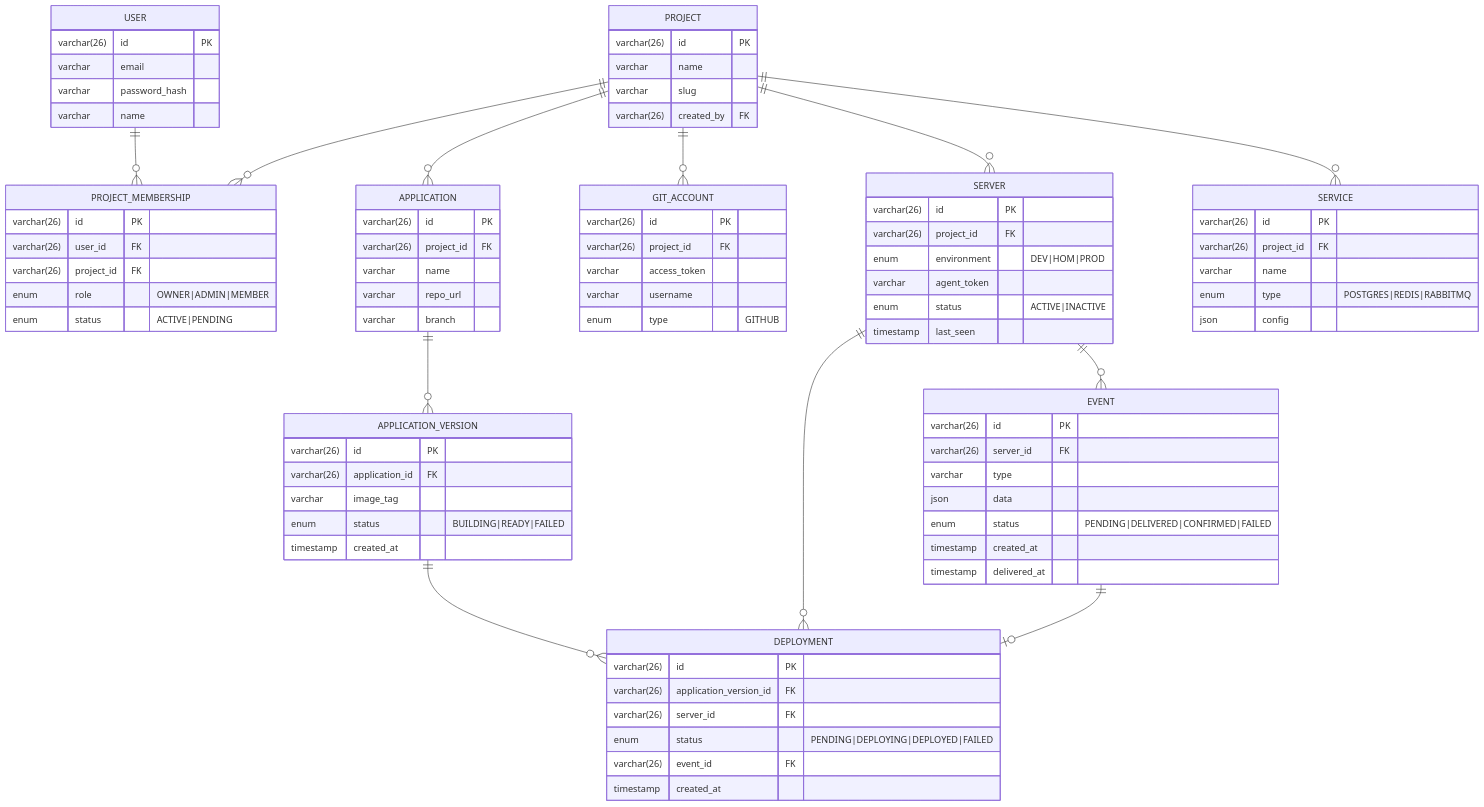
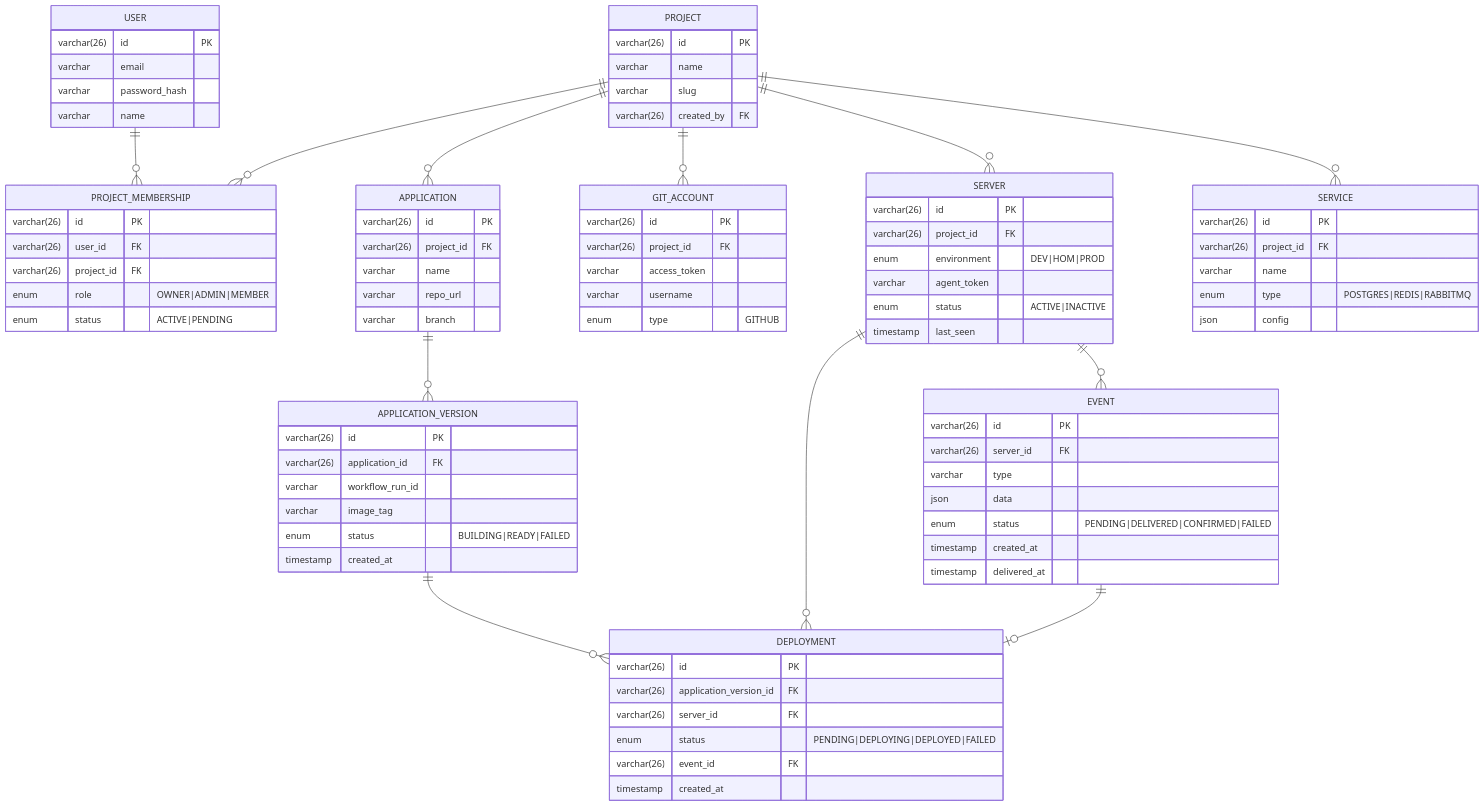
One commit to kaiqkt/magi-api changed the fourth of 6 diagrams in docs/system-design/magi-api.md. Above: the diagram before and after it, drawn with Mermaid. The commit also changed other lines of this file and 13 other files, not shown here.

```diff
--- a/docs/system-design/magi-api.md
+++ b/docs/system-design/magi-api.md
@@ -212,6 +218,7 @@
   APPLICATION_VERSION {
     varchar(26) id PK
     varchar(26) application_id FK
+    varchar workflow_run_id
     varchar image_tag
     enum status "BUILDING|READY|FAILED"
     timestamp created_at
```
